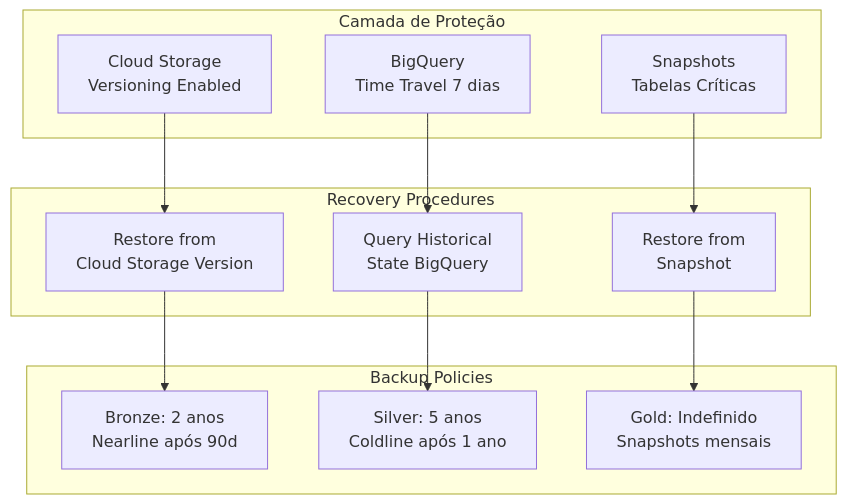
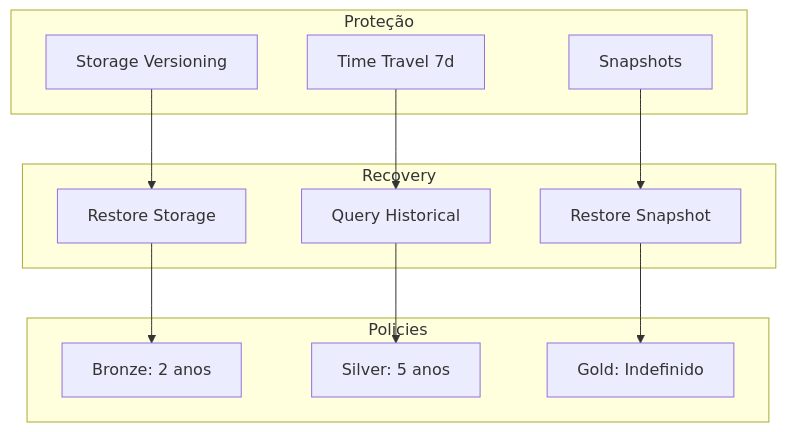
Before and after one commit to lucasgondias/desafio-tecnico-conta-azul: the ninth of 10 diagrams in ARCHITECTURE.md, drawn with Mermaid. The commit also changed other lines of this file, not shown here.

First line of the commit message:
Fix Mermaid diagrams for GitHub compatibility

````diff
--- a/ARCHITECTURE.md
+++ b/ARCHITECTURE.md
@@ -372,28 +372,28 @@
 ```mermaid
 graph TB
-    subgraph "Camada de Proteção"
-        P1[Cloud Storage<br/>Versioning Enabled]
-        P2[BigQuery<br/>Time Travel 7 dias]
-        P3[Snapshots<br/>Tabelas Críticas]
+    subgraph PROT["Proteção"]
+        P1[Storage Versioning]
+        P2[Time Travel 7d]
+        P3[Snapshots]
     end
 
-    subgraph "Recovery Procedures"
-        R1[Restore from<br/>Cloud Storage Version]
-        R2[Query Historical<br/>State BigQuery]
-        R3[Restore from<br/>Snapshot]
+    subgraph REC["Recovery"]
+        R1[Restore Storage]
+        R2[Query Historical]
+        R3[Restore Snapshot]
     end
 
-    subgraph "Backup Policies"
-        B1[Bronze: 2 anos<br/>Nearline após 90d]
-        B2[Silver: 5 anos<br/>Coldline após 1 ano]
-        B3[Gold: Indefinido<br/>Snapshots mensais]
+    subgraph POL["Policies"]
+        B1[Bronze: 2 anos]
+        B2[Silver: 5 anos]
+        B3[Gold: Indefinido]
     end
 
     P1 --> R1
     P2 --> R2
     P3 --> R3
 
     R1 --> B1
     R2 --> B2
     R3 --> B3
 ```
````
